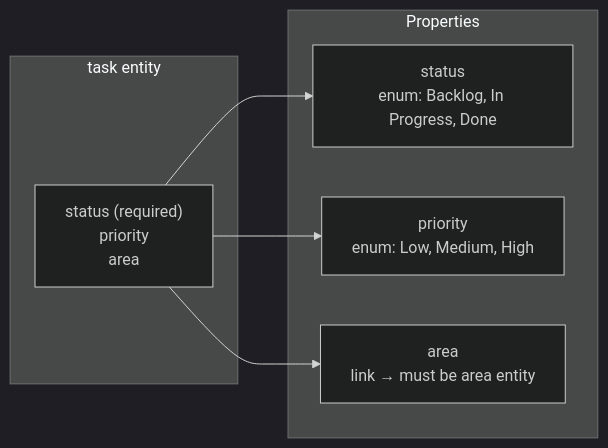
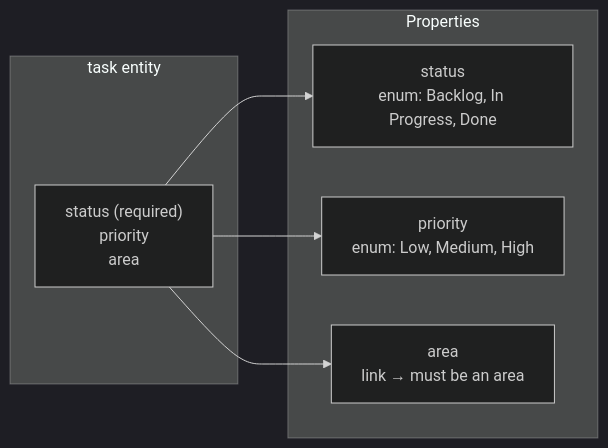
One commit to mishachepi/obsi-validate changed the second of 4 diagrams in docs/architecture.md. Above: the diagram before and after it, drawn with Mermaid (dark theme). The commit also changed other lines of this file and 13 other files, not shown here.

First line of the commit message:
docs: match the code — schema reference, CLI, configuration, architecture, mdbase engine, troubleshooting

````diff
--- a/docs/architecture.md
+++ b/docs/architecture.md
@@ -25,16 +27,16 @@
 ```mermaid
 flowchart LR
     subgraph Entity["task entity"]
         E["status (required)<br/>priority<br/>area"]
     end
 
     subgraph Properties
         S["status<br/>enum: Backlog, In Progress, Done"]
         PR["priority<br/>enum: Low, Medium, High"]
-        A["area<br/>link → must be area entity"]
+        A["area<br/>link → must be an area"]
     end
 
     E --> S
     E --> PR
     E --> A
 ```
````
